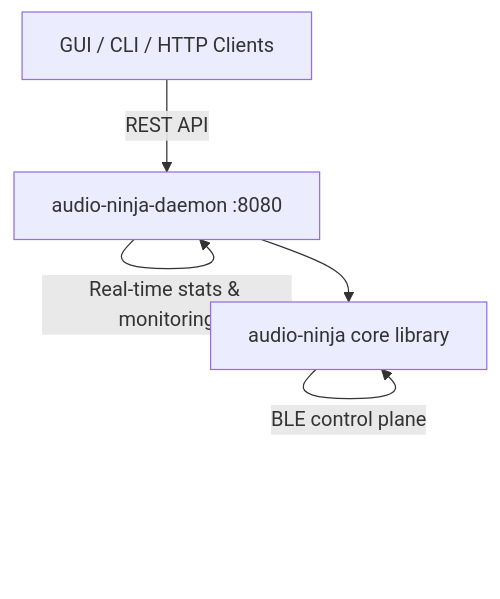
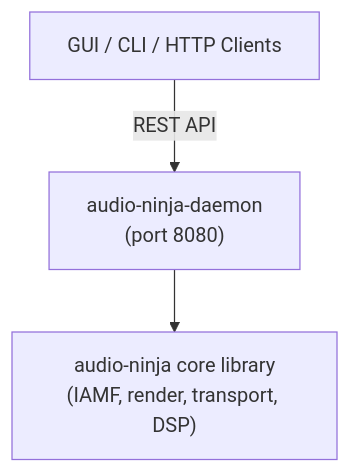
Before and after one commit to mr-u0b0dy/audio-ninja: the first of 2 diagrams in README.md, drawn with Mermaid. The commit also changed other lines of this file and 5 other files, not shown here.

````diff
--- a/README.md
+++ b/README.md
@@ -43,17 +86,5 @@
 ```mermaid
 flowchart TD
-    A[GUI / CLI / HTTP Clients] -->|REST API| B[audio-ninja-daemon :8080]
-    B --> C[audio-ninja core library]
-    
-    B -->|Speaker discovery & management| B
-    B -->|Layout configuration| B
-    B -->|Transport control| B
-    B -->|Calibration runner| B
-    B -->|Real-time stats & monitoring| B
-    
-    C -->|IAMF decode & spatial render| C
-    C -->|Network transport UDP/RTP| C
-    C -->|Clock sync PTP/NTP| C
-    C -->|DSP pipeline & calibration| C
-    C -->|BLE control plane| C
+    A["GUI / CLI / HTTP Clients"] -->|REST API| B["audio-ninja-daemon<br/>(port 8080)"]
+    B --> C["audio-ninja core library<br/>(IAMF, render, transport, DSP)"]
 ```
````
